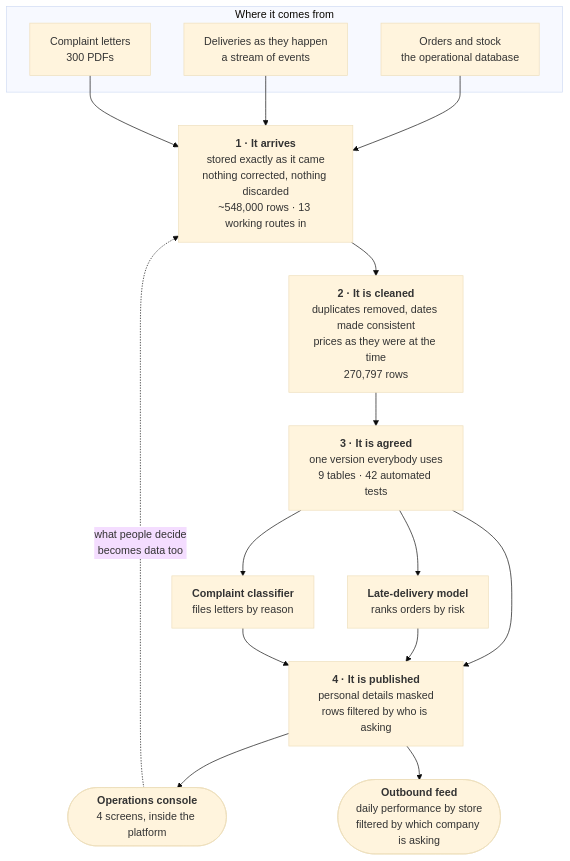
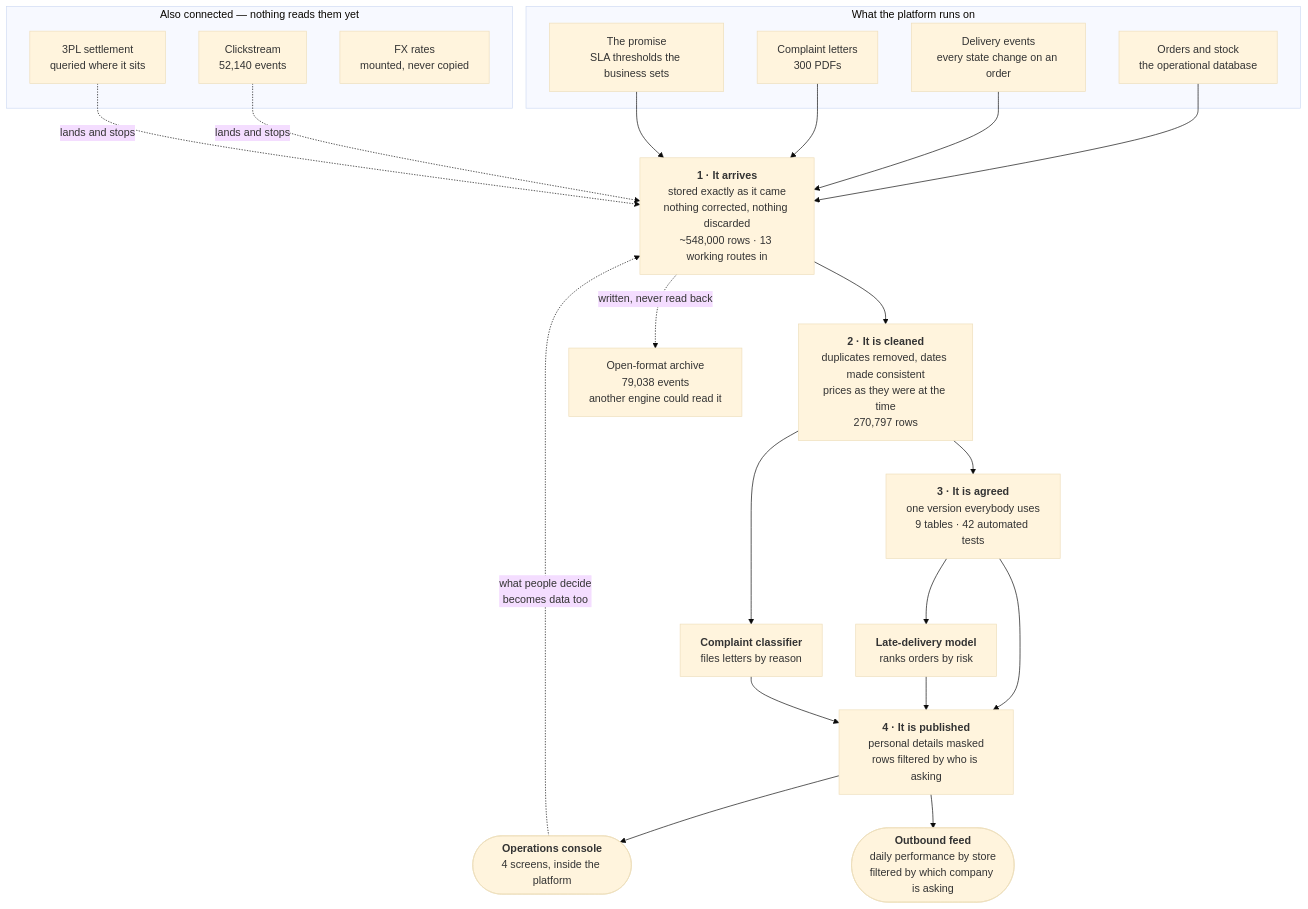
One commit to vikassingh0593/snowflake_usecase changed the diagram in README.md. Above: the diagram before and after it, drawn with Mermaid (base theme). The commit also changed other lines of this file, not shown here.

First paragraph of the commit message:
README: the diagram disagreed with the section it introduces
Two errors, one of them predating today.

````diff
--- a/README.md
+++ b/README.md
@@ -20,33 +20,45 @@
 ```mermaid
 flowchart TB
-    subgraph SRC["Where it comes from"]
+    subgraph SRC["What the platform runs on"]
         S1["Orders and stock<br/>the operational database"]
-        S2["Deliveries as they happen<br/>a stream of events"]
+        S2["Delivery events<br/>every state change on an order"]
         S3["Complaint letters<br/>300 PDFs"]
+        S4["The promise<br/>SLA thresholds the business sets"]
+    end
+
+    subgraph DEMO["Also connected — nothing reads them yet"]
+        S5["Clickstream<br/>52,140 events"]
+        S6["3PL settlement<br/>queried where it sits"]
+        S7["FX rates<br/>mounted, never copied"]
     end
 
     RAW["<b>1 · It arrives</b><br/>stored exactly as it came<br/>nothing corrected, nothing discarded<br/>~548,000 rows · 13 working routes in"]
     CORE["<b>2 · It is cleaned</b><br/>duplicates removed, dates made consistent<br/>prices as they were at the time<br/>270,797 rows"]
     MART["<b>3 · It is agreed</b><br/>one version everybody uses<br/>9 tables · 42 automated tests"]
 
     ML["<b>Late-delivery model</b><br/>ranks orders by risk"]
     TXT["<b>Complaint classifier</b><br/>files letters by reason"]
 
     SERVE["<b>4 · It is published</b><br/>personal details masked<br/>rows filtered by who is asking"]
     APP(["<b>Operations console</b><br/>4 screens, inside the platform"])
     SHARE(["<b>Outbound feed</b><br/>daily performance by store<br/>filtered by which company is asking"])
+    ARCH["Open-format archive<br/>79,038 events<br/>another engine could read it"]
 
     S1 --> RAW
     S2 --> RAW
     S3 --> RAW
+    S4 --> RAW
+    S5 -. "lands and stops" .-> RAW
+    S6 -. "lands and stops" .-> RAW
     RAW --> CORE
+    RAW -. "written, never read back" .-> ARCH
     CORE --> MART
+    CORE --> TXT
     MART --> ML
-    MART --> TXT
     MART --> SERVE
     ML --> SERVE
     TXT --> SERVE
     SERVE --> APP
     SERVE --> SHARE
     APP -. "what people decide<br/>becomes data too" .-> RAW
 ```
````
